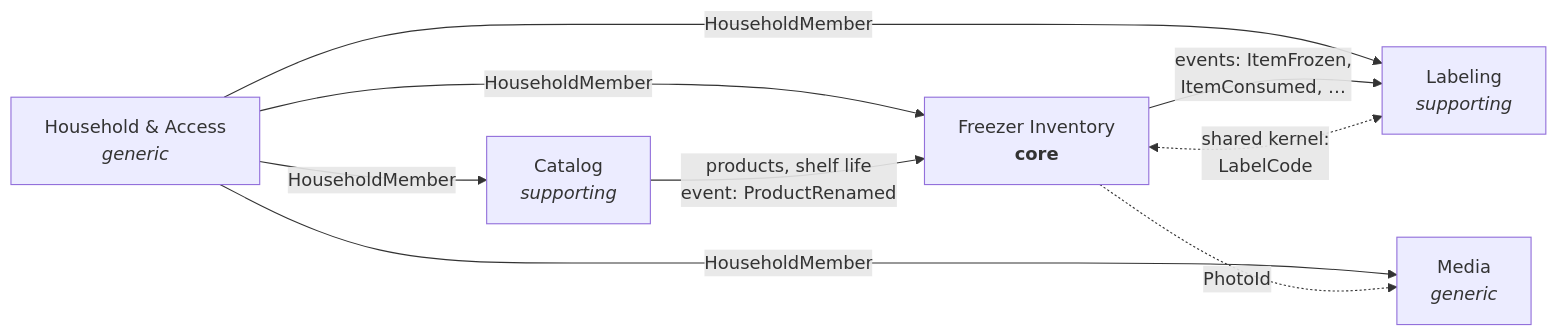
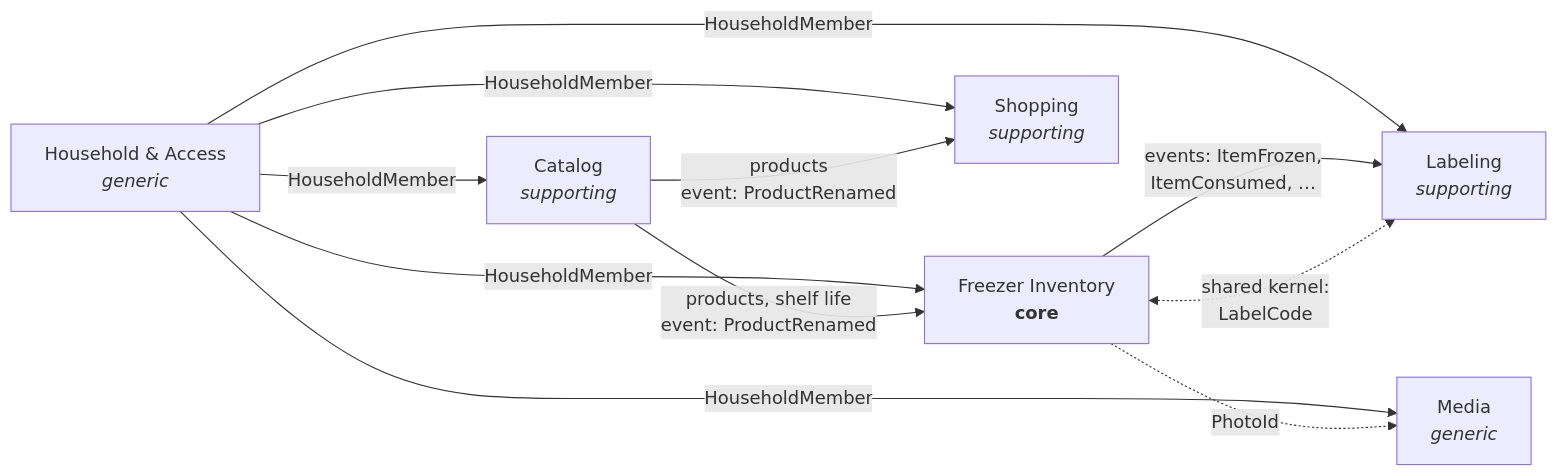
The diagram in README.md (wbauer-dev/freezer-manager), drawn with Mermaid before and after one commit. The commit also changed other lines of this file and 39 other files, not shown here.

First line of the commit message:
Share a shopping list within the household

````diff
--- a/README.md
+++ b/README.md
@@ -65,14 +67,16 @@
 ```mermaid
 flowchart LR
   HH["Household & Access<br/><i>generic</i>"]
   CAT["Catalog<br/><i>supporting</i>"]
   INV["Freezer Inventory<br/><b>core</b>"]
   LAB["Labeling<br/><i>supporting</i>"]
   MED["Media<br/><i>generic</i>"]
+  SHOP["Shopping<br/><i>supporting</i>"]
 
-  HH -- "HouseholdMember" --> CAT & INV & LAB & MED
+  HH -- "HouseholdMember" --> CAT & INV & LAB & MED & SHOP
   CAT -- "products, shelf life<br/>event: ProductRenamed" --> INV
+  CAT -- "products<br/>event: ProductRenamed" --> SHOP
   INV -- "events: ItemFrozen,<br/>ItemConsumed, …" --> LAB
   INV <-. "shared kernel:<br/>LabelCode" .-> LAB
   INV -. "PhotoId" .-> MED
 ```
````
